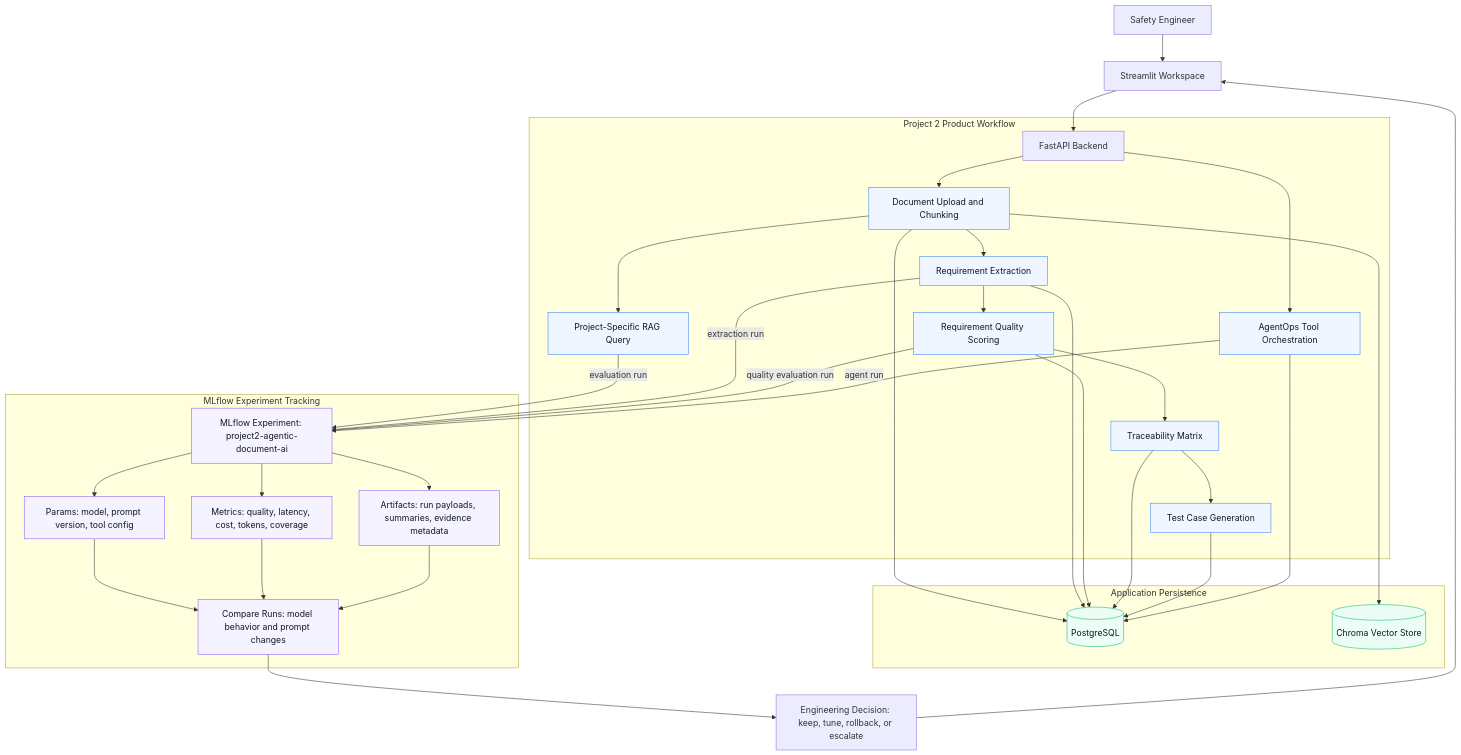
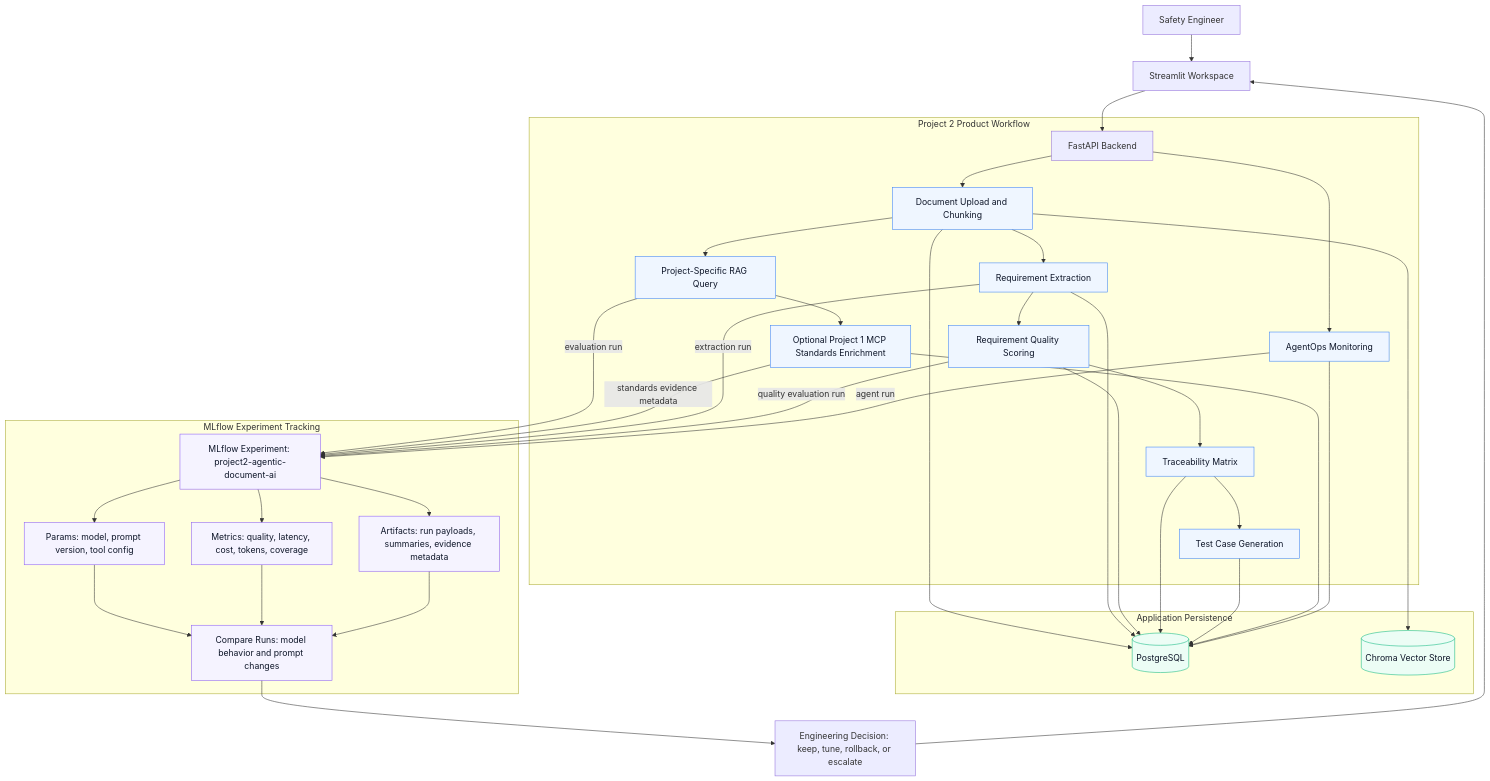
The third of 10 diagrams in README.md (chz2010/Agentic_Document_AI_Platform_for_Safety_Engineering), drawn with Mermaid before and after one commit. The commit also changed other lines of this file, not shown here.

Commit message:
Update README for recruiter demo and MCP-backed RAG

````diff
--- a/README.md
+++ b/README.md
@@ -105,56 +111,59 @@
 ```mermaid
 flowchart TD
     USER[Safety Engineer] --> UI[Streamlit Workspace]
     UI --> API[FastAPI Backend]
 
     subgraph ProductFlow["Project 2 Product Workflow"]
         API --> DOC[Document Upload and Chunking]
         DOC --> RAG[Project-Specific RAG Query]
+        RAG --> MCPRAG[Optional Project 1 MCP Standards Enrichment]
         DOC --> REQ[Requirement Extraction]
         REQ --> SCORE[Requirement Quality Scoring]
         SCORE --> TRACE[Traceability Matrix]
         TRACE --> TEST[Test Case Generation]
-        API --> OPS[AgentOps Tool Orchestration]
+        API --> OPS[AgentOps Monitoring]
     end
 
     subgraph AppStore["Application Persistence"]
         DB[(PostgreSQL)]
         VDB[(Chroma Vector Store)]
         DOC --> DB
         DOC --> VDB
         REQ --> DB
         SCORE --> DB
         TRACE --> DB
         TEST --> DB
+        MCPRAG --> DB
         OPS --> DB
     end
 
     subgraph MLflow["MLflow Experiment Tracking"]
         EXP[MLflow Experiment: project2-agentic-document-ai]
         PARAMS[Params: model, prompt version, tool config]
         METRICS[Metrics: quality, latency, cost, tokens, coverage]
         ARTIFACTS[Artifacts: run payloads, summaries, evidence metadata]
         COMPARE[Compare Runs: model behavior and prompt changes]
     end
 
     RAG -->|evaluation run| EXP
+    MCPRAG -->|standards evidence metadata| EXP
     REQ -->|extraction run| EXP
     SCORE -->|quality evaluation run| EXP
     OPS -->|agent run| EXP
     EXP --> PARAMS
     EXP --> METRICS
     EXP --> ARTIFACTS
     PARAMS --> COMPARE
     METRICS --> COMPARE
     ARTIFACTS --> COMPARE
 
     COMPARE --> DECIDE[Engineering Decision: keep, tune, rollback, or escalate]
     DECIDE --> UI
 
     classDef product fill:#eff6ff,stroke:#3b82f6,color:#0f172a;
     classDef store fill:#ecfdf5,stroke:#10b981,color:#0f172a;
     classDef mlops fill:#f5f3ff,stroke:#8b5cf6,color:#0f172a;
-    class DOC,RAG,REQ,SCORE,TRACE,TEST,OPS product;
+    class DOC,RAG,MCPRAG,REQ,SCORE,TRACE,TEST,OPS product;
     class DB,VDB store;
     class EXP,PARAMS,METRICS,ARTIFACTS,COMPARE mlops;
 ```
````
